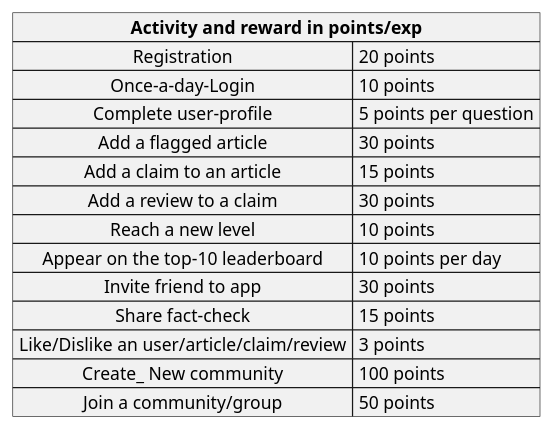
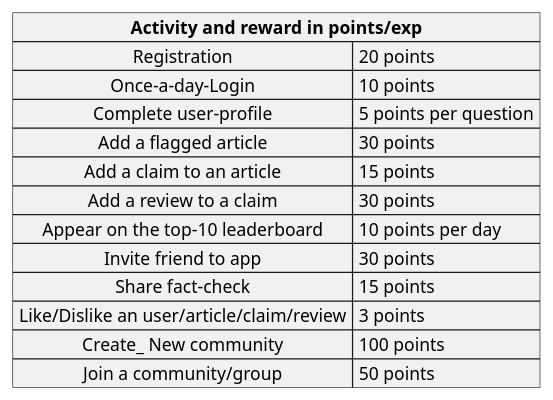
The diagram in sys_docs/point_system.puml (aic-factcheck/fact_checking_be), drawn with PlantUML before and after one commit. The commit also changed 12 other files, not shown here.

```diff
--- a/sys_docs/point_system.puml
+++ b/sys_docs/point_system.puml
@@ -1,19 +1,19 @@
 @startuml Point System
 
 map "**Activity and reward in points/exp**" as PointSystem {
  Registration => 20 points
  Once-a-day-Login => 10 points
  Complete user-profile => 5 points per question
  Add a flagged article => 30 points
  Add a claim to an article => 15 points
  Add a review to a claim => 30 points
- Reach a new level => 10 points
+'  Reach a new level => 10 points
  Appear on the top-10 leaderboard => 10 points per day
  Invite friend to app => 30 points
  Share fact-check => 15 points
  Like/Dislike an user/article/claim/review => 3 points
  Create_ New community => 100 points
  Join a community/group => 50 points
 }
 
 @enduml
```
